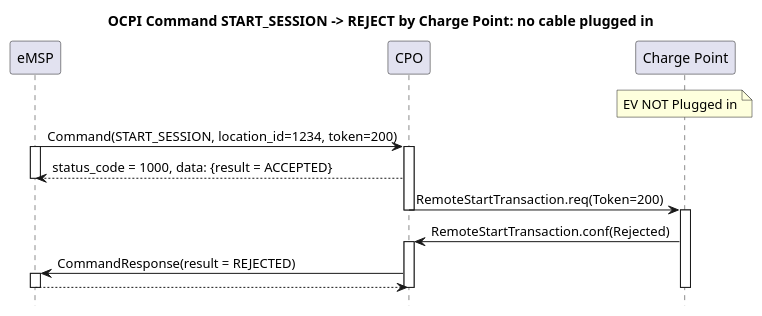
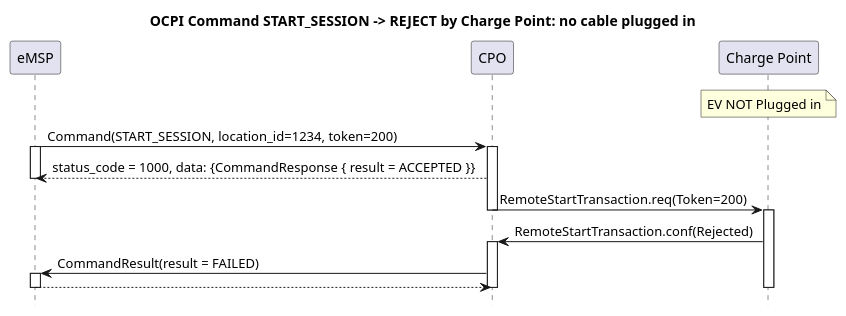
One commit to ocpi/ocpi changed the diagram in plantuml/command_start_session_no_cable.plantuml. Above: the diagram before and after it, drawn with PlantUML. The commit also changed 11 other files, not shown here.

Commit message:
Improved command module, added CommandResponse, added messages to both CommandResponse and CommandResult

```diff
--- a/plantuml/command_start_session_no_cable.plantuml
+++ b/plantuml/command_start_session_no_cable.plantuml
@@ -1,30 +1,30 @@
 @startuml
 title OCPI Command START_SESSION -> REJECT by Charge Point: no cable plugged in
 hide footbox
 
 participant eMSP
 participant CPO
 participant "Charge Point" as CP
 
 NOTE OVER CP: EV NOT Plugged in
 
 eMSP ->  CPO:  Command(START_SESSION, location_id=1234, token=200)
 activate eMSP
 activate CPO
-CPO  --> eMSP: status_code = 1000, data: {result = ACCEPTED}
+CPO  --> eMSP: status_code = 1000, data: {CommandResponse { result = ACCEPTED }}
 deactivate eMSP
 
 CPO  ->  CP:   RemoteStartTransaction.req(Token=200)
 deactivate CPO
 activate CP
 CP   ->  CPO:  RemoteStartTransaction.conf(Rejected)
 activate CPO
-CPO  ->  eMSP: CommandResponse(result = REJECTED)
+CPO  ->  eMSP: CommandResult(result = FAILED)
 activate eMSP
 eMSP --> CPO: 
 deactivate CPO
 deactivate eMSP
 
 deactivate CP
 
 @enduml
```
